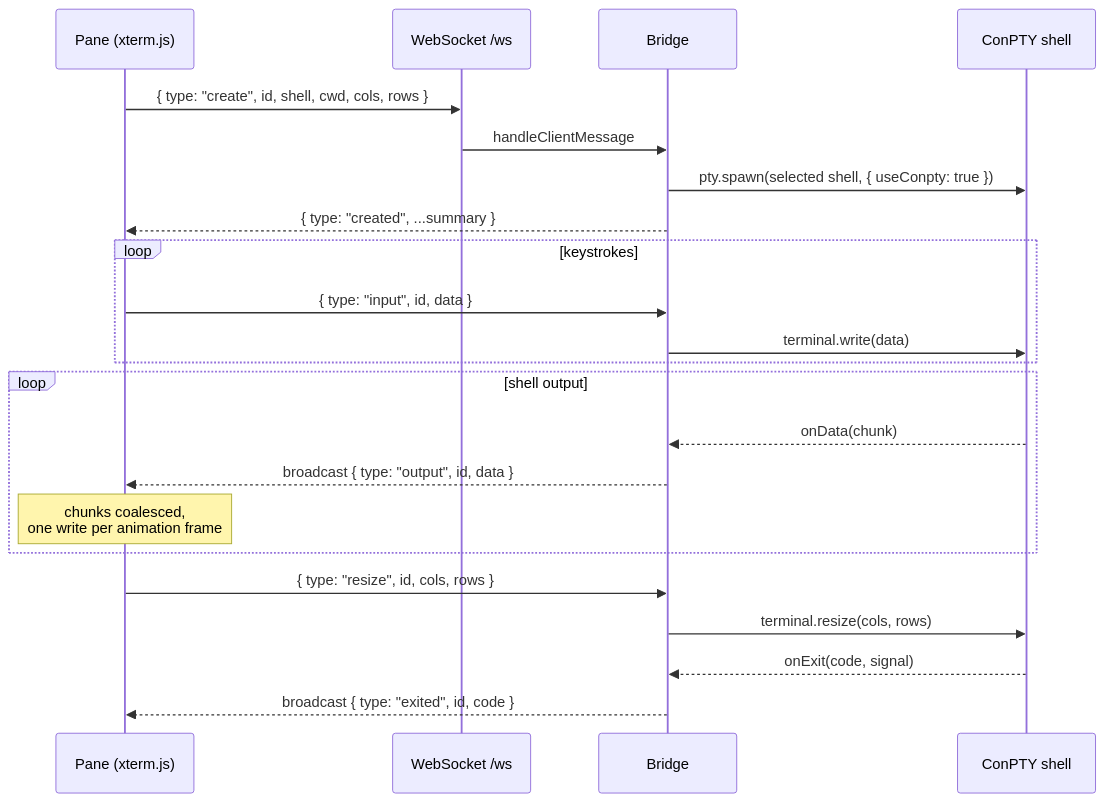
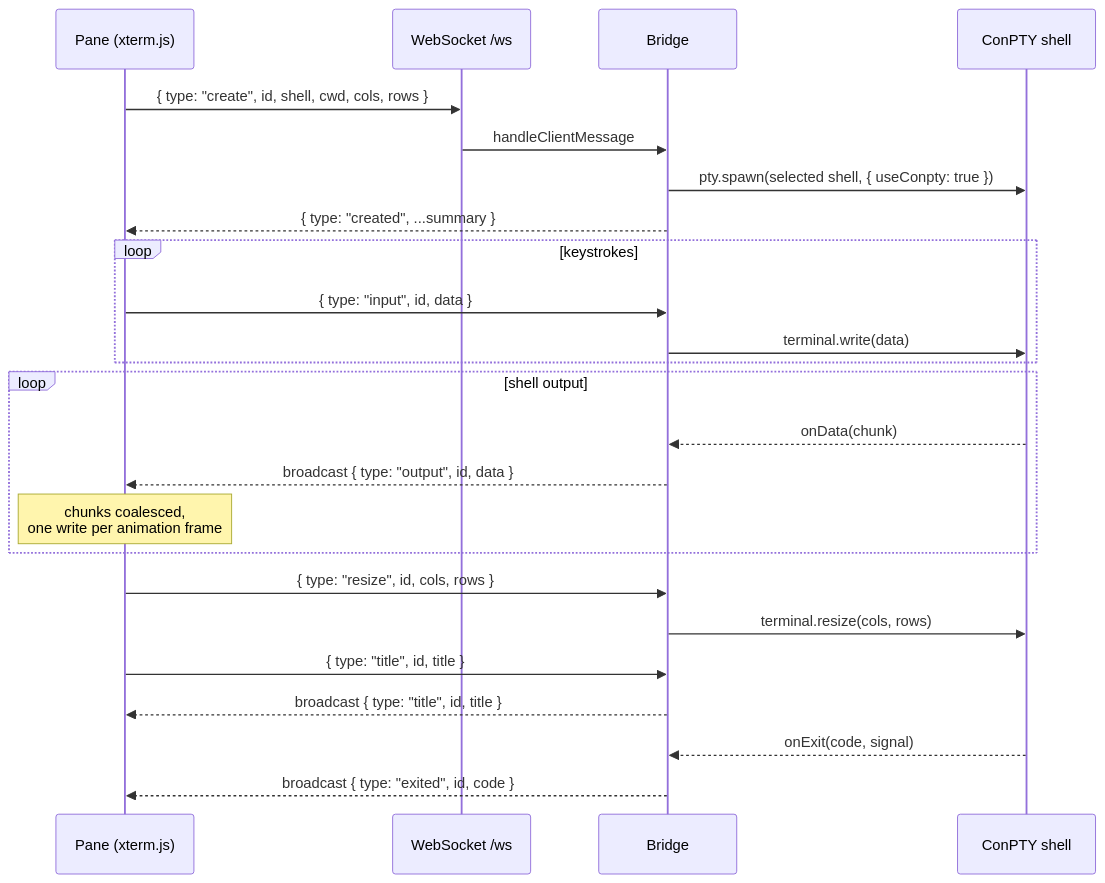
The second of 2 diagrams in README.md (andrewtheart/multiterm-workbench), drawn with Mermaid before and after one commit. The commit also changed other lines of this file and 22 other files, not shown here.

````diff
--- a/README.md
+++ b/README.md
@@ -370,29 +370,32 @@
 ```mermaid
 sequenceDiagram
     participant UI as Pane (xterm.js)
     participant WS as WebSocket /ws
     participant BR as Bridge
     participant PTY as ConPTY shell
 
     UI->>WS: { type: "create", id, shell, cwd, cols, rows }
     WS->>BR: handleClientMessage
     BR->>PTY: pty.spawn(selected shell, { useConpty: true })
     BR-->>UI: { type: "created", ...summary }
 
     loop keystrokes
         UI->>BR: { type: "input", id, data }
         BR->>PTY: terminal.write(data)
     end
 
     loop shell output
         PTY-->>BR: onData(chunk)
         BR-->>UI: broadcast { type: "output", id, data }
         Note over UI: chunks coalesced,<br/>one write per animation frame
     end
 
     UI->>BR: { type: "resize", id, cols, rows }
     BR->>PTY: terminal.resize(cols, rows)
 
+    UI->>BR: { type: "title", id, title }
+    BR-->>UI: broadcast { type: "title", id, title }
+
     PTY-->>BR: onExit(code, signal)
     BR-->>UI: broadcast { type: "exited", id, code }
 ```
````
